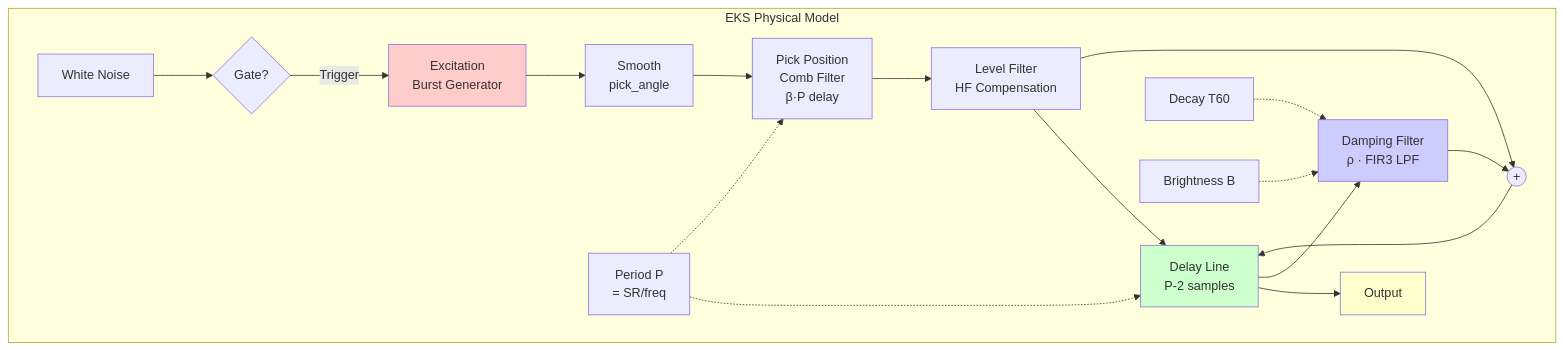
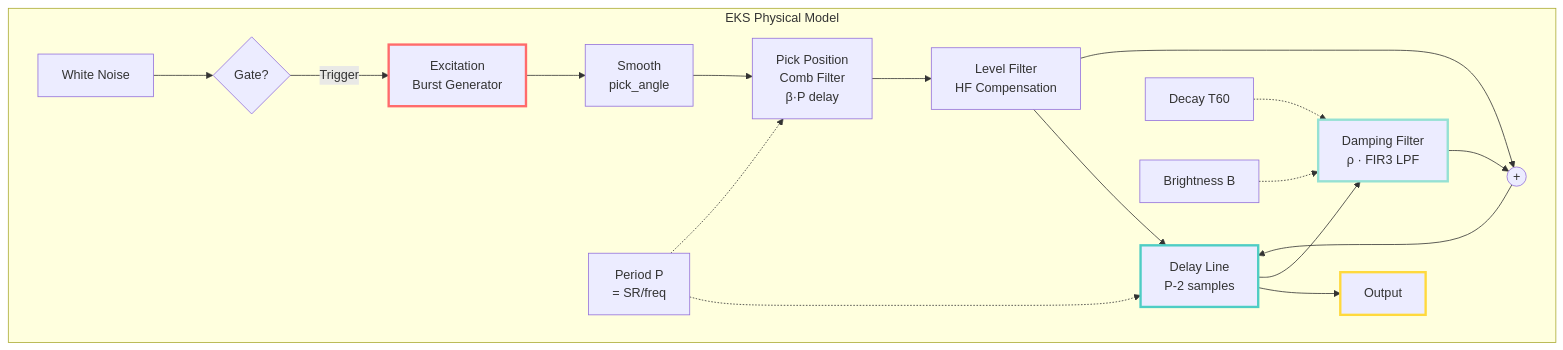
One commit to Ziforge/EKS changed the second of 5 diagrams in README.md. Above: the diagram before and after it, drawn with Mermaid. The commit also changed other lines of this file, not shown here.

First line of the commit message:
Fix Mermaid diagrams: use border colors instead of fills

````diff
--- a/README.md
+++ b/README.md
@@ -102,27 +105,32 @@
 ```mermaid
 graph TB
     subgraph "EKS Physical Model"
         N[White Noise] --> G{Gate?}
         G -->|Trigger| E[Excitation<br/>Burst Generator]
         E --> S[Smooth<br/>pick_angle]
         S --> PP[Pick Position<br/>Comb Filter<br/>β·P delay]
         PP --> LF[Level Filter<br/>HF Compensation]
         LF --> DL[Delay Line<br/>P-2 samples]
 
         DL --> OUT[Output]
         DL --> DF[Damping Filter<br/>ρ · FIR3 LPF]
         DF --> FB((+))
         LF --> FB
         FB --> DL
 
         P[Period P<br/>= SR/freq] -.-> DL
         P -.-> PP
         T60[Decay T60] -.-> DF
         BR[Brightness B] -.-> DF
     end
 
-    style E fill:#ffcccc
-    style DL fill:#ccffcc
-    style DF fill:#ccccff
-    style OUT fill:#ffffcc
+    classDef exciteStyle stroke:#ff6b6b,stroke-width:3px
+    classDef delayStyle stroke:#4ecdc4,stroke-width:3px
+    classDef dampStyle stroke:#95e1d3,stroke-width:3px
+    classDef outStyle stroke:#ffd93d,stroke-width:3px
+
+    class E exciteStyle
+    class DL delayStyle
+    class DF dampStyle
+    class OUT outStyle
 ```
````
